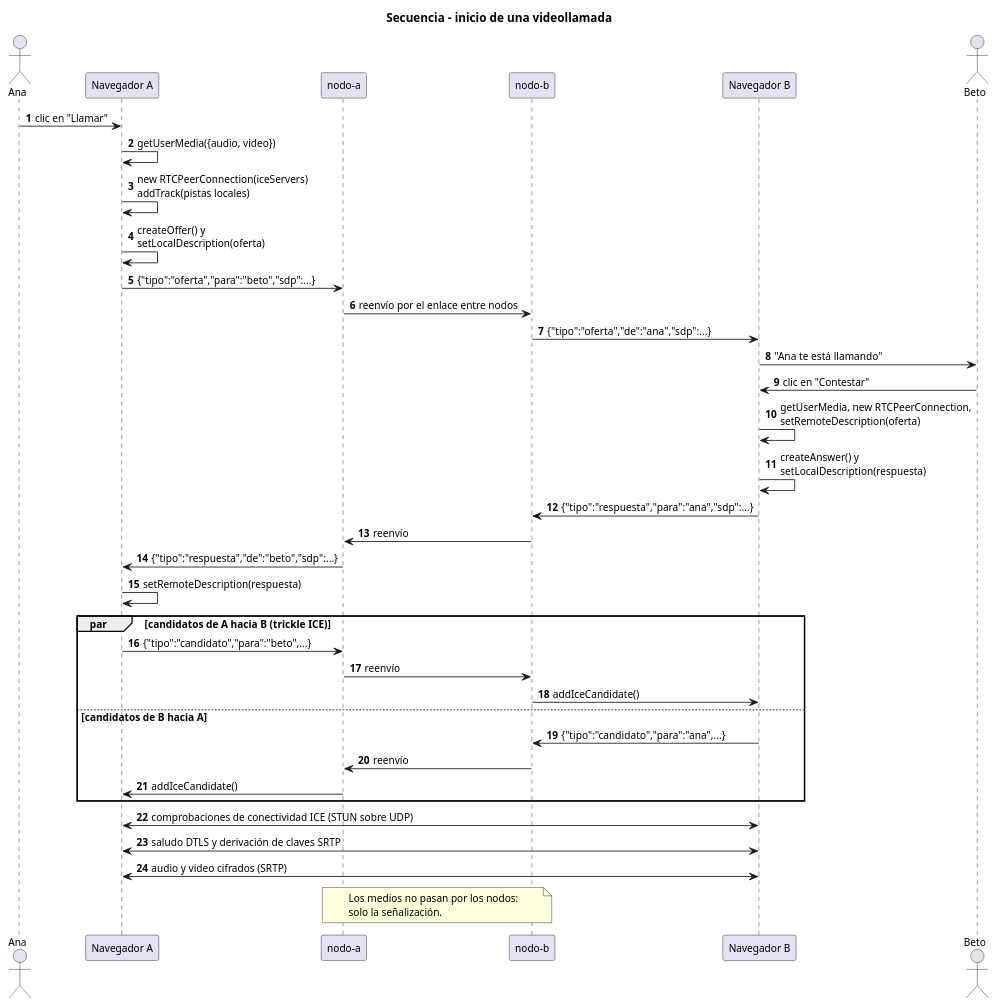
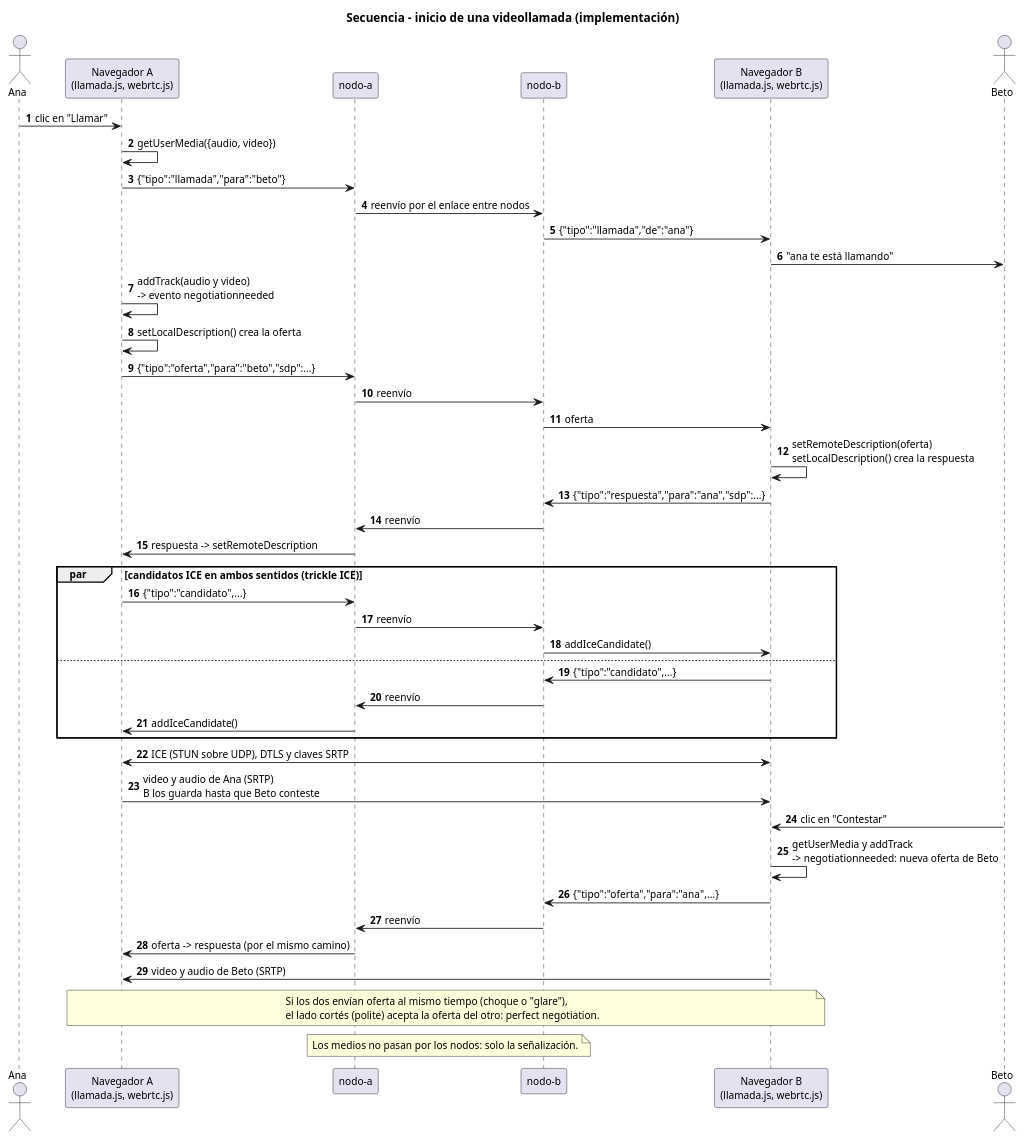
One commit to DjSantech/guevara_santiago_mensajero_webrtc changed the diagram in docs/uml/secuencia_llamada.puml. Above: the diagram before and after it, drawn with PlantUML. The commit also changed 3 other files, not shown here.

Commit message:
UML actualizado: componentes con los archivos reales y secuencia de la llamada como quedó implementada

```diff
--- a/docs/uml/secuencia_llamada.puml
+++ b/docs/uml/secuencia_llamada.puml
@@ -1,45 +1,58 @@
 @startuml secuencia_llamada
-' Fase 3: inicio de una videollamada (señalización, oferta, respuesta y candidatos ICE)
-title Secuencia - inicio de una videollamada
+' Inicio de una videollamada tal como quedó implementado (llamada.js y webrtc.js).
+' Cambio frente a la arquitectura inicial: la oferta de Ana sale antes de que Beto conteste,
+' y Beto agrega sus pistas al contestar, lo que provoca una segunda negociación.
+title Secuencia - inicio de una videollamada (implementación)
 skinparam shadowing false
 skinparam defaultFontSize 12
 autonumber
 
 actor Ana
-participant "Navegador A" as A
+participant "Navegador A\n(llamada.js, webrtc.js)" as A
 participant "nodo-a" as NA
 participant "nodo-b" as NB
-participant "Navegador B" as B
+participant "Navegador B\n(llamada.js, webrtc.js)" as B
 actor Beto
 
 Ana -> A : clic en "Llamar"
 A -> A : getUserMedia({audio, video})
-A -> A : new RTCPeerConnection(iceServers)\naddTrack(pistas locales)
-A -> A : createOffer() y\nsetLocalDescription(oferta)
+A -> NA : {"tipo":"llamada","para":"beto"}
+NA -> NB : reenvío por el enlace entre nodos
+NB -> B : {"tipo":"llamada","de":"ana"}
+B -> Beto : "ana te está llamando"
+
+A -> A : addTrack(audio y video)\n-> evento negotiationneeded
+A -> A : setLocalDescription() crea la oferta
 A -> NA : {"tipo":"oferta","para":"beto","sdp":...}
-NA -> NB : reenvío por el enlace entre nodos
-NB -> B : {"tipo":"oferta","de":"ana","sdp":...}
-B -> Beto : "Ana te está llamando"
-Beto -> B : clic en "Contestar"
-B -> B : getUserMedia, new RTCPeerConnection,\nsetRemoteDescription(oferta)
-B -> B : createAnswer() y\nsetLocalDescription(respuesta)
+NA -> NB : reenvío
+NB -> B : oferta
+B -> B : setRemoteDescription(oferta)\nsetLocalDescription() crea la respuesta
 B -> NB : {"tipo":"respuesta","para":"ana","sdp":...}
 NB -> NA : reenvío
-NA -> A : {"tipo":"respuesta","de":"beto","sdp":...}
-A -> A : setRemoteDescription(respuesta)
+NA -> A : respuesta -> setRemoteDescription
 
-par candidatos de A hacia B (trickle ICE)
-  A -> NA : {"tipo":"candidato","para":"beto",...}
+par candidatos ICE en ambos sentidos (trickle ICE)
+  A -> NA : {"tipo":"candidato",...}
   NA -> NB : reenvío
   NB -> B : addIceCandidate()
-else candidatos de B hacia A
-  B -> NB : {"tipo":"candidato","para":"ana",...}
+else
+  B -> NB : {"tipo":"candidato",...}
   NB -> NA : reenvío
   NA -> A : addIceCandidate()
 end
 
-A <-> B : comprobaciones de conectividad ICE (STUN sobre UDP)
-A <-> B : saludo DTLS y derivación de claves SRTP
-A <-> B : audio y video cifrados (SRTP)
-note over NA, NB : Los medios no pasan por los nodos:\nsolo la señalización.
+A <-> B : ICE (STUN sobre UDP), DTLS y claves SRTP
+A -> B : video y audio de Ana (SRTP)\nB los guarda hasta que Beto conteste
+
+Beto -> B : clic en "Contestar"
+B -> B : getUserMedia y addTrack\n-> negotiationneeded: nueva oferta de Beto
+B -> NB : {"tipo":"oferta","para":"ana",...}
+NB -> NA : reenvío
+NA -> A : oferta -> respuesta (por el mismo camino)
+B -> A : video y audio de Beto (SRTP)
+note over A, B
+  Si los dos envían oferta al mismo tiempo (choque o "glare"),
+  el lado cortés (polite) acepta la oferta del otro: perfect negotiation.
+end note
+note over NA, NB : Los medios no pasan por los nodos: solo la señalización.
 @enduml
```
